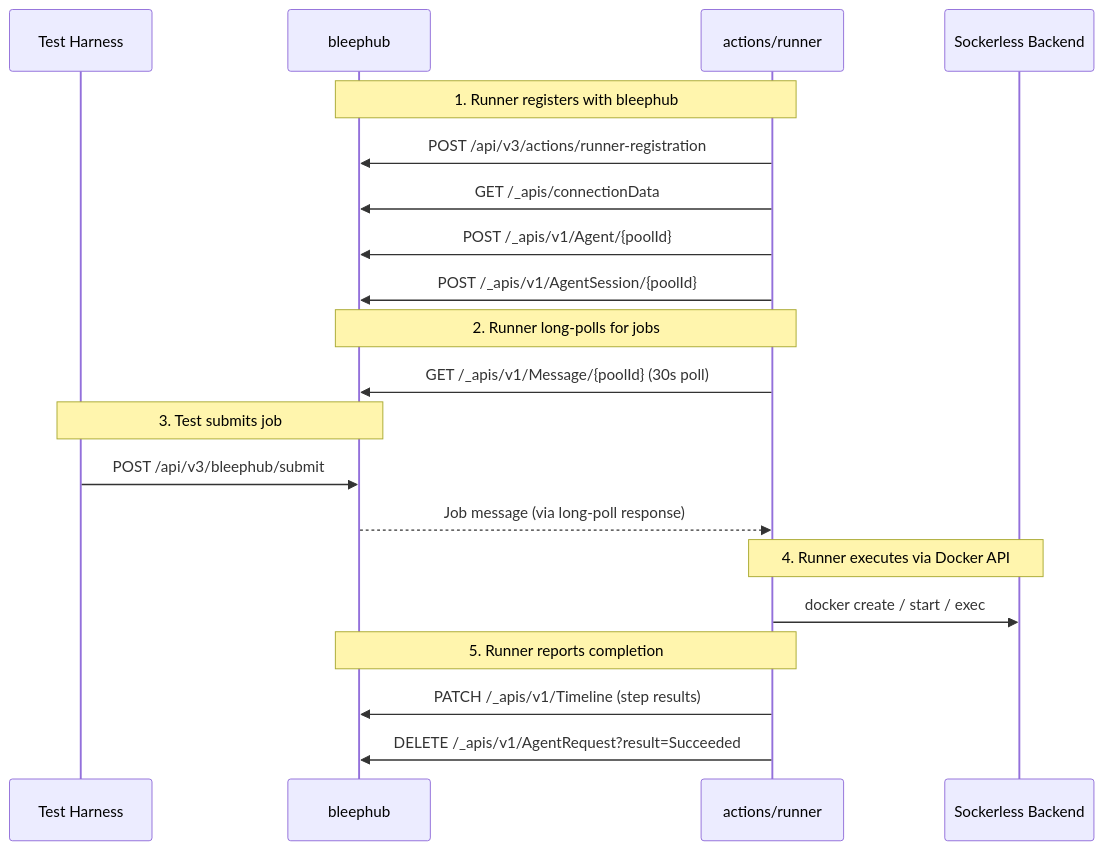
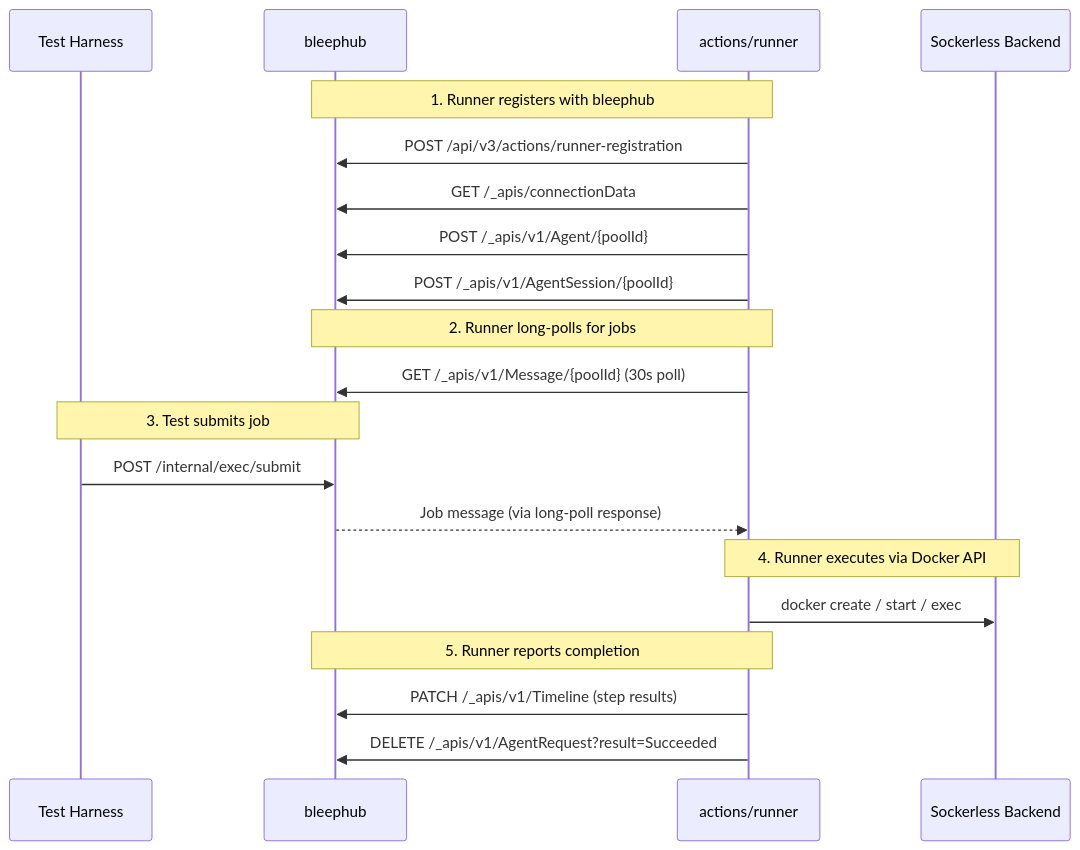
Before and after one commit to e6qu/sockerless: diagram 17 of 19 in ARCHITECTURE.md, drawn with Mermaid. The commit also changed 137 other files, not shown here.

Commit message:
bleephub: bug fixes, type tightening, CI gaps, and GitHub-API fidelity sweep (#535)

````diff
--- a/ARCHITECTURE.md
+++ b/ARCHITECTURE.md
@@ -474,27 +474,27 @@
 ```mermaid
 sequenceDiagram
     participant J as Test Harness
     participant BPH as bleephub
     participant R as actions/runner
     participant S as Sockerless Backend
 
     Note over BPH,R: 1. Runner registers with bleephub
     R->>BPH: POST /api/v3/actions/runner-registration
     R->>BPH: GET /_apis/connectionData
     R->>BPH: POST /_apis/v1/Agent/{poolId}
     R->>BPH: POST /_apis/v1/AgentSession/{poolId}
 
     Note over BPH,R: 2. Runner long-polls for jobs
     R->>BPH: GET /_apis/v1/Message/{poolId} (30s poll)
 
     Note over J,BPH: 3. Test submits job
-    J->>BPH: POST /api/v3/bleephub/submit
+    J->>BPH: POST /internal/exec/submit
     BPH-->>R: Job message (via long-poll response)
 
     Note over R,S: 4. Runner executes via Docker API
     R->>S: docker create / start / exec
 
     Note over BPH,R: 5. Runner reports completion
     R->>BPH: PATCH /_apis/v1/Timeline (step results)
     R->>BPH: DELETE /_apis/v1/AgentRequest?result=Succeeded
 ```
````
